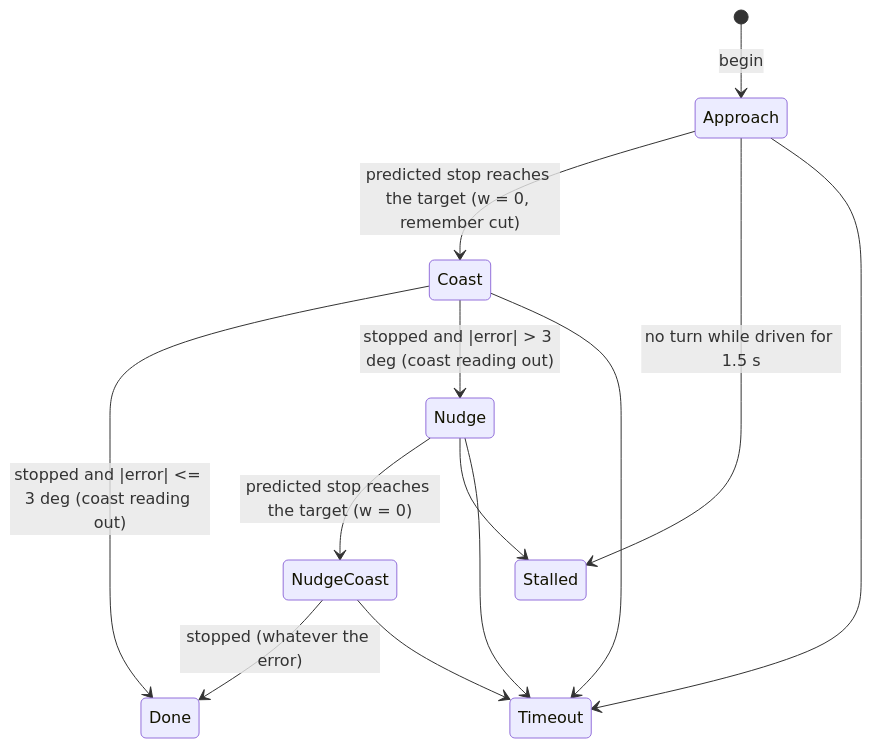
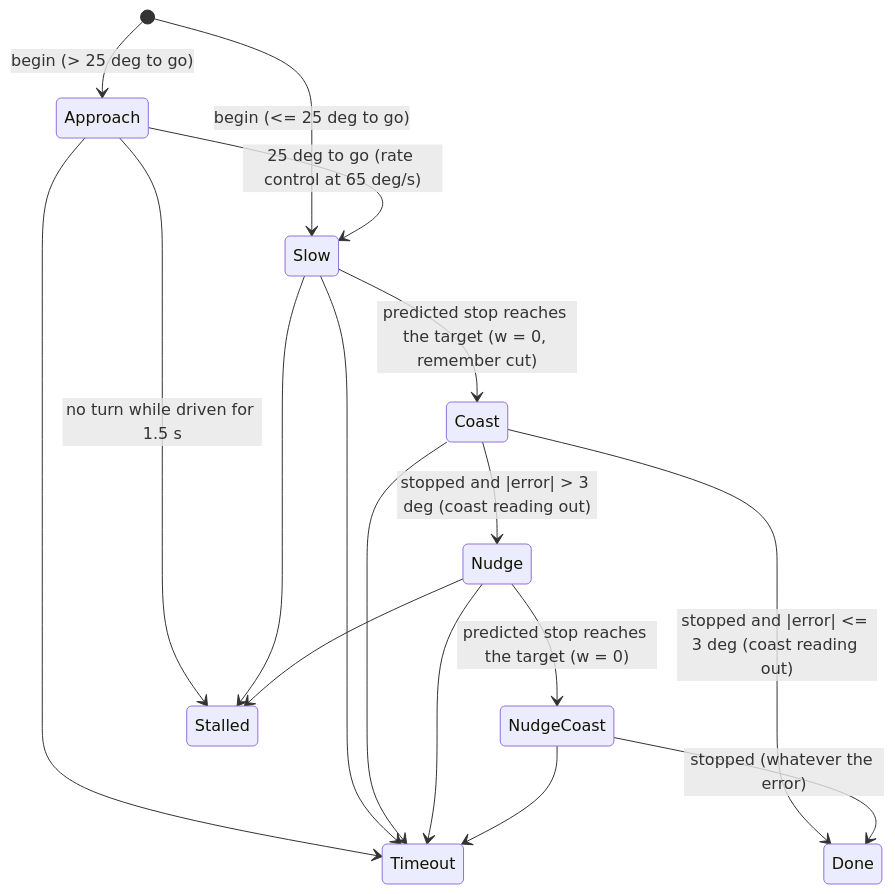
Diagram 51 of 51 in docs/lld/esp32-bridge-lld.md (mannuray/conqueror), drawn with Mermaid before and after one commit. The commit also changed other lines of this file and 1 other file, not shown here.

Commit message:
docs: bridge LLD R18 approved - slow to the slowest smooth spin, then the learned cut

````diff
--- a/docs/lld/esp32-bridge-lld.md
+++ b/docs/lld/esp32-bridge-lld.md
@@ -2068,15 +2073,19 @@
 ```mermaid
 stateDiagram-v2
-  [*] --> Approach : begin
-  Approach --> Coast : predicted stop reaches the target (w = 0, remember cut)
+  [*] --> Approach : begin (> 25 deg to go)
+  [*] --> Slow : begin (<= 25 deg to go)
+  Approach --> Slow : 25 deg to go (rate control at 65 deg/s)
+  Slow --> Coast : predicted stop reaches the target (w = 0, remember cut)
   Coast --> Done : stopped and |error| <= 3 deg (coast reading out)
   Coast --> Nudge : stopped and |error| > 3 deg (coast reading out)
   Nudge --> NudgeCoast : predicted stop reaches the target (w = 0)
   NudgeCoast --> Done : stopped (whatever the error)
   Approach --> Stalled : no turn while driven for 1.5 s
+  Slow --> Stalled
   Nudge --> Stalled
   Approach --> Timeout
+  Slow --> Timeout
   Coast --> Timeout
   Nudge --> Timeout
   NudgeCoast --> Timeout
 ```
````
